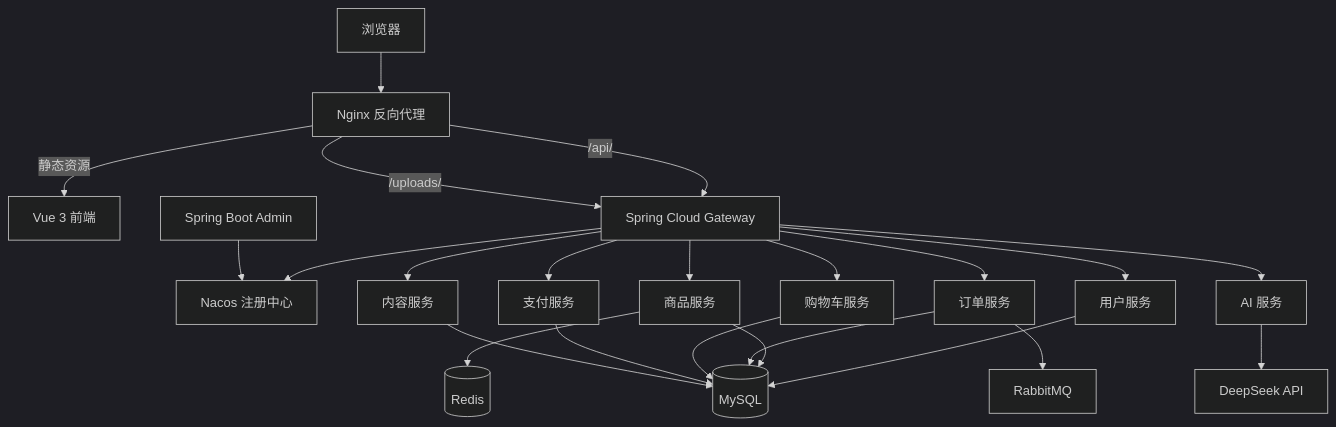
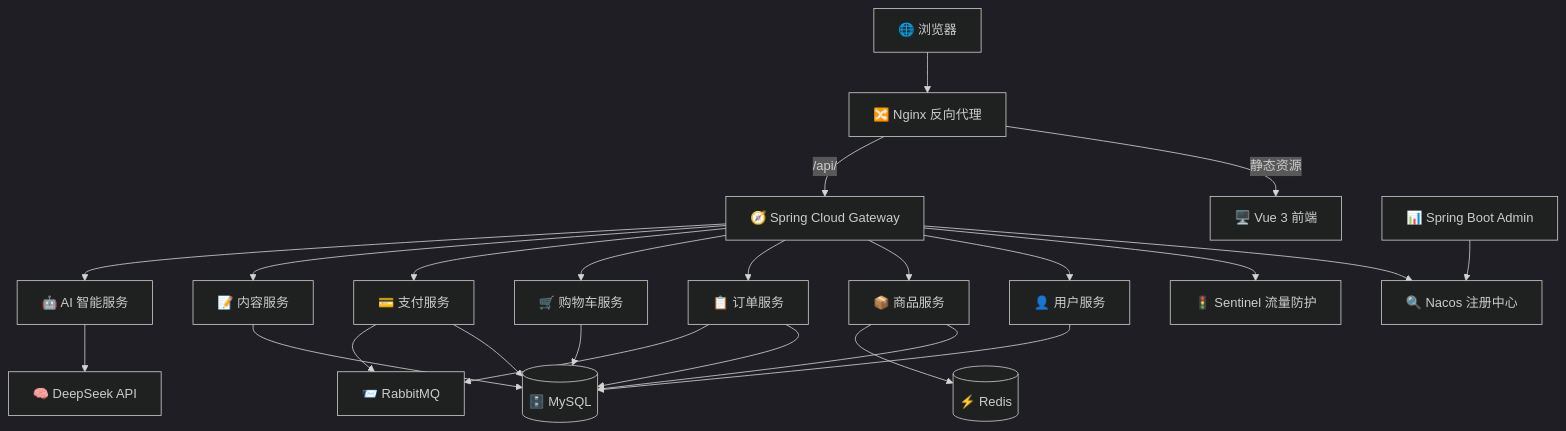
One commit to afishing/Fish-Commerce changed the first of 2 diagrams in README.md. Above: the diagram before and after it, drawn with Mermaid (dark theme). The commit also changed other lines of this file, not shown here.

````diff
--- a/README.md
+++ b/README.md
@@ -107,28 +40,30 @@
 ```mermaid
 graph TB
-    Client[浏览器] --> Nginx[Nginx 反向代理]
-    Nginx --> |静态资源| Static[Vue 3 前端]
-    Nginx --> |/api/| Gateway[Spring Cloud Gateway]
-    Nginx --> |/uploads/| Gateway
+    Client[🌐 浏览器] --> Nginx[🔀 Nginx 反向代理]
+    Nginx --> |静态资源| Static[🖥️ Vue 3 前端]
+    Nginx --> |/api/| Gateway[🧭 Spring Cloud Gateway]
     
-    Gateway --> Nacos[Nacos 注册中心]
-    Gateway --> UserService[用户服务]
-    Gateway --> ProductService[商品服务]
-    Gateway --> OrderService[订单服务]
-    Gateway --> CartService[购物车服务]
-    Gateway --> PayService[支付服务]
-    Gateway --> ContentService[内容服务]
-    Gateway --> AIService[AI 服务]
+    Gateway --> Nacos[🔍 Nacos 注册中心]
+    Gateway --> Sentinel[🚦 Sentinel 流量防护]
     
-    UserService --> MySQL[(MySQL)]
+    Gateway --> UserService[👤 用户服务]
+    Gateway --> ProductService[📦 商品服务]
+    Gateway --> OrderService[📋 订单服务]
+    Gateway --> CartService[🛒 购物车服务]
+    Gateway --> PayService[💳 支付服务]
+    Gateway --> ContentService[📝 内容服务]
+    Gateway --> AIService[🤖 AI 智能服务]
+    
+    UserService --> MySQL[(🗄️ MySQL)]
     ProductService --> MySQL
-    ProductService --> Redis[(Redis)]
+    ProductService --> Redis[(⚡ Redis)]
     OrderService --> MySQL
-    OrderService --> RabbitMQ[RabbitMQ]
+    OrderService --> RabbitMQ[📨 RabbitMQ]
     CartService --> MySQL
     PayService --> MySQL
+    PayService --> RabbitMQ
     ContentService --> MySQL
-    AIService --> DeepSeek[DeepSeek API]
+    AIService --> DeepSeek[🧠 DeepSeek API]
     
-    Monitor[Spring Boot Admin] --> Nacos
+    Monitor[📊 Spring Boot Admin] --> Nacos
 ```
````
